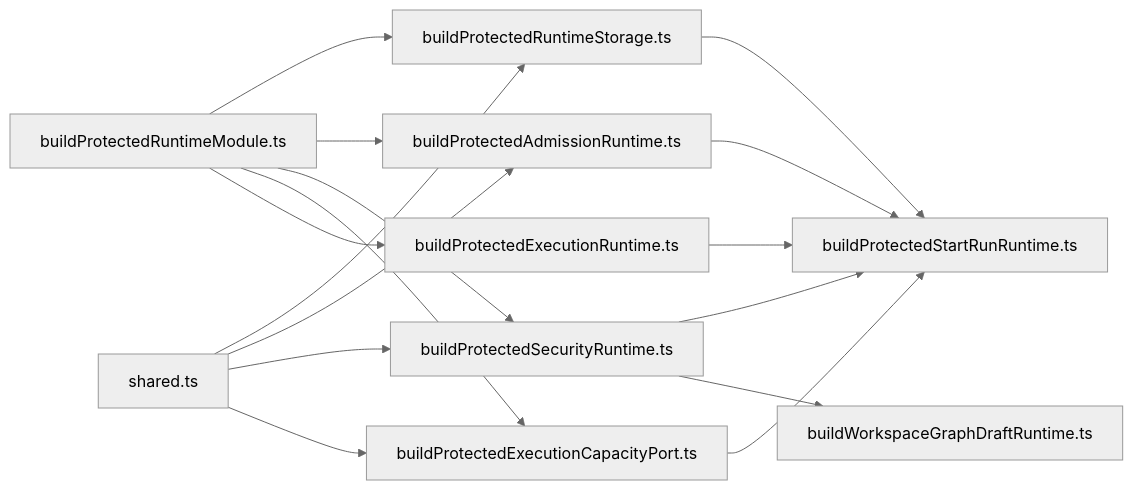
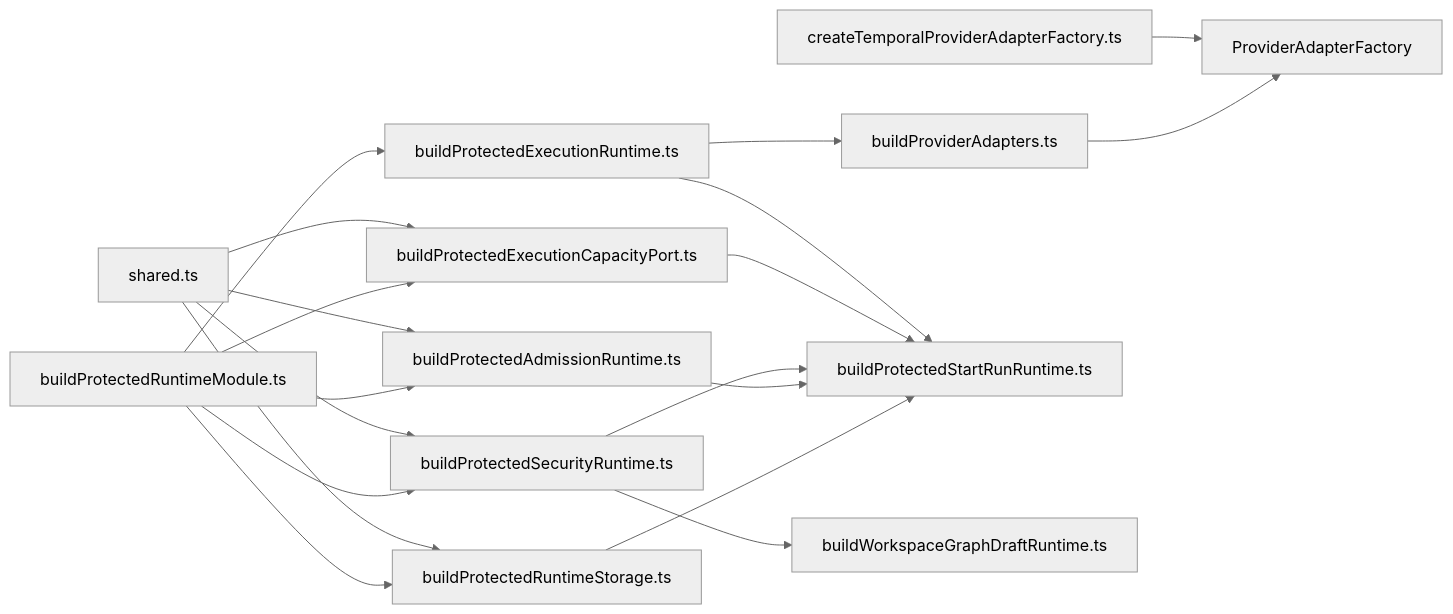
The first of 2 diagrams in apps/api/docs/protected-runtime-dependency-builders-component.md (dunay2/dvt), drawn with Mermaid (neutral theme) before and after one commit. The commit also changed other lines of this file and 43 other files, not shown here.

Commit message:
fix(api): Separate Temporal construction behind adapter factory

````diff
--- a/apps/api/docs/protected-runtime-dependency-builders-component.md
+++ b/apps/api/docs/protected-runtime-dependency-builders-component.md
@@ -95,18 +112,21 @@
 ```mermaid
 flowchart LR
   Root["buildProtectedRuntimeModule.ts"] --> Storage["buildProtectedRuntimeStorage.ts"]
   Root --> Admission["buildProtectedAdmissionRuntime.ts"]
   Root --> Security["buildProtectedSecurityRuntime.ts"]
   Root --> Capacity["buildProtectedExecutionCapacityPort.ts"]
   Root --> Execution["buildProtectedExecutionRuntime.ts"]
+  Execution --> ProviderMap["buildProviderAdapters.ts"]
+  ProviderMap --> Factories["ProviderAdapterFactory"]
+  TemporalFactory["createTemporalProviderAdapterFactory.ts"] --> Factories
   Shared["shared.ts"] --> Storage
   Shared --> Admission
   Shared --> Security
   Shared --> Capacity
   Storage --> StartRun["buildProtectedStartRunRuntime.ts"]
   Admission --> StartRun
   Security --> StartRun
   Capacity --> StartRun
   Execution --> StartRun
   Security --> GraphDraft["buildWorkspaceGraphDraftRuntime.ts"]
 ```
````
